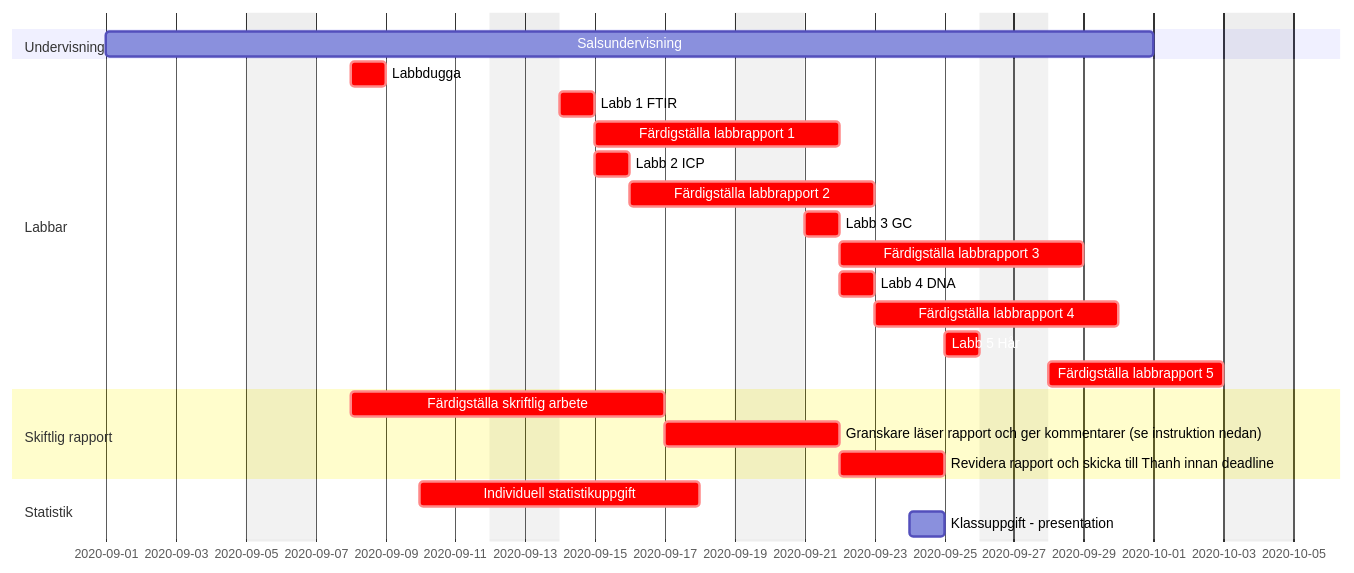
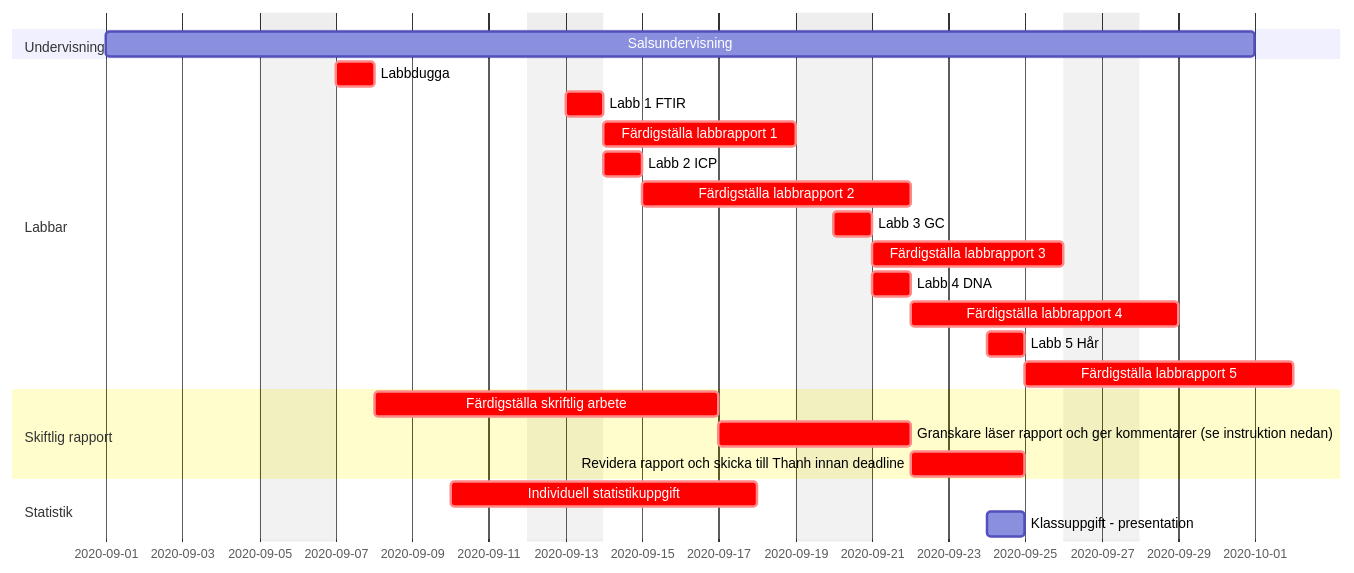
Before and after one commit to WBS-TW/KE201G: the diagram in content/kursupplagg/gantt/gantt.md, drawn with Mermaid. The commit also changed other lines of this file and 56 other files, not shown here.

````diff
--- a/content/kursupplagg/gantt/gantt.md
+++ b/content/kursupplagg/gantt/gantt.md
@@ -43,30 +43,30 @@
 ```mermaid
 gantt
   dateFormat  YYYY-MM-DD
   excludes weekdays saturday,sunday
   
   section Undervisning
   Salsundervisning: 2020-09-01, 2020-10-01
   
   section Labbar
-  Labbdugga: crit, LD, 2020-09-08, 1d
-  Labb 1 FTIR: crit, L1, 2020-09-14, 1d
+  Labbdugga: crit, LD, 2020-09-07, 1d
+  Labb 1 FTIR: crit, L1, 2020-09-13, 1d
   Färdigställa labbrapport 1: crit, after L1, 5d
-  Labb 2 ICP: crit, L2, 2020-09-15, 1d
+  Labb 2 ICP: crit, L2, 2020-09-14, 1d
   Färdigställa labbrapport 2: crit, after L2, 5d
-  Labb 3 GC: crit, L3, 2020-09-21, 1d
+  Labb 3 GC: crit, L3, 2020-09-20, 1d
   Färdigställa labbrapport 3: crit, after L3, 5d
-  Labb 4 DNA: crit, L4, 2020-09-22, 1d
+  Labb 4 DNA: crit, L4, 2020-09-21, 1d
   Färdigställa labbrapport 4: crit, after L4, 5d
-  Labb 5 Hår: crit, L5, 2020-09-25, 1d 
+  Labb 5 Hår: crit, L5, 2020-09-24, 1d 
   Färdigställa labbrapport 5: crit, after L5, 5d
   
   section Skiftlig rapport
   Färdigställa skriftlig arbete: crit, 2020-09-08, 2020-09-17
   Granskare läser rapport och ger kommentarer (se instruktion nedan): crit, 2020-09-17, 2020-09-22
   Revidera rapport och skicka till Thanh innan deadline: crit, 2020-09-22, 2020-09-25  
   
   section Statistik
   Individuell statistikuppgift: crit, 2020-09-10, 2020-09-18
   Klassuppgift - presentation: 2020-09-24, 1d
 ```
````
